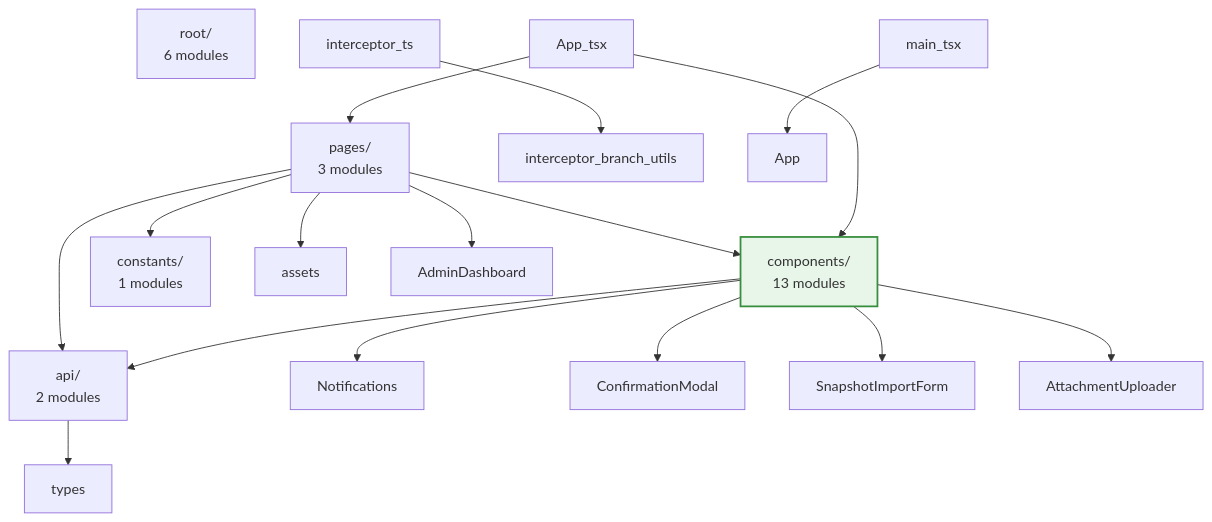
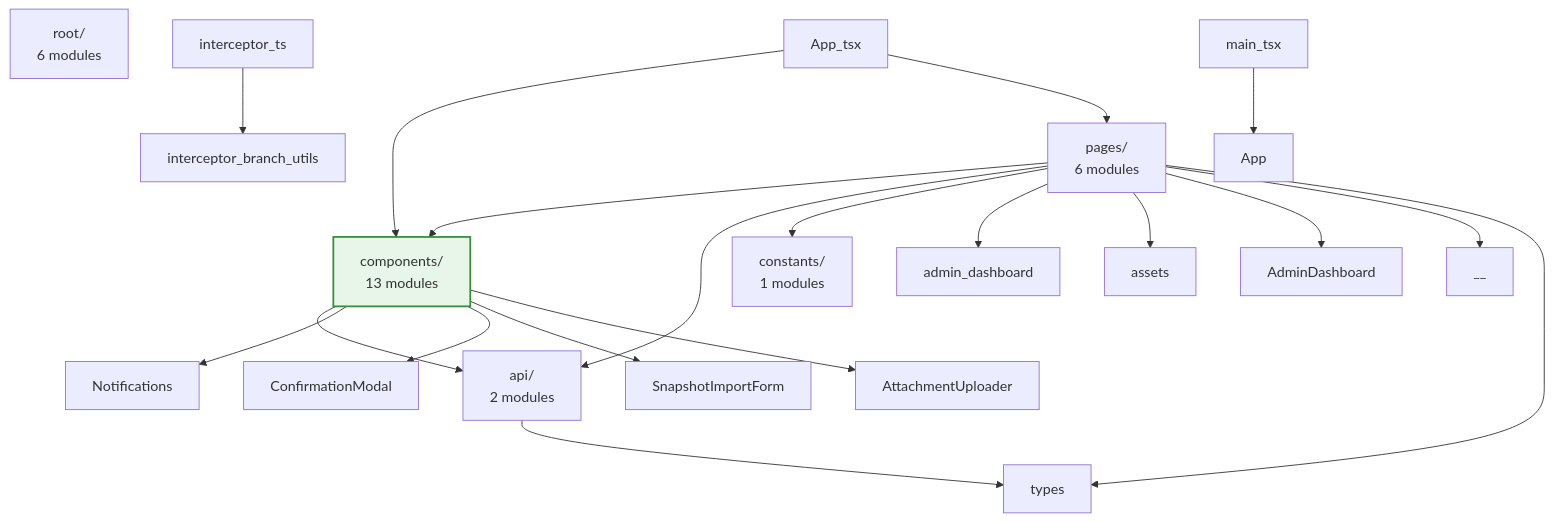
The third of 4 diagrams in docs/CODEBASE_MAP.md (gerkensm/vaporvibe), drawn with Mermaid before and after one commit. The commit also changed other lines of this file and 40 other files, not shown here.

````diff
--- a/docs/CODEBASE_MAP.md
+++ b/docs/CODEBASE_MAP.md
@@ -781,28 +795,31 @@
 ```mermaid
 graph TD
   root["root/<br/>6 modules"]
   api["api/<br/>2 modules"]
   components["components/<br/>13 modules"]:::viewNode
   constants["constants/<br/>1 modules"]
-  pages["pages/<br/>3 modules"]
+  pages["pages/<br/>6 modules"]
   App_tsx --> components
   App_tsx --> pages
   api --> types
   components --> api
   components --> Notifications
   components --> ConfirmationModal
   components --> SnapshotImportForm
   components --> AttachmentUploader
   interceptor_ts --> interceptor_branch_utils
   main_tsx --> App
   pages --> components
   pages --> api
   pages --> constants
+  pages --> admin_dashboard
   pages --> assets
   pages --> AdminDashboard
+  pages --> __
+  pages --> types
 
   classDef serverNode fill:#e3f2fd,stroke:#1976d2,stroke-width:2px
   classDef llmNode fill:#f3e5f5,stroke:#7b1fa2,stroke-width:2px
   classDef viewNode fill:#e8f5e9,stroke:#388e3c,stroke-width:2px
   classDef utilNode fill:#fff3e0,stroke:#f57c00,stroke-width:2px
 ```
````
